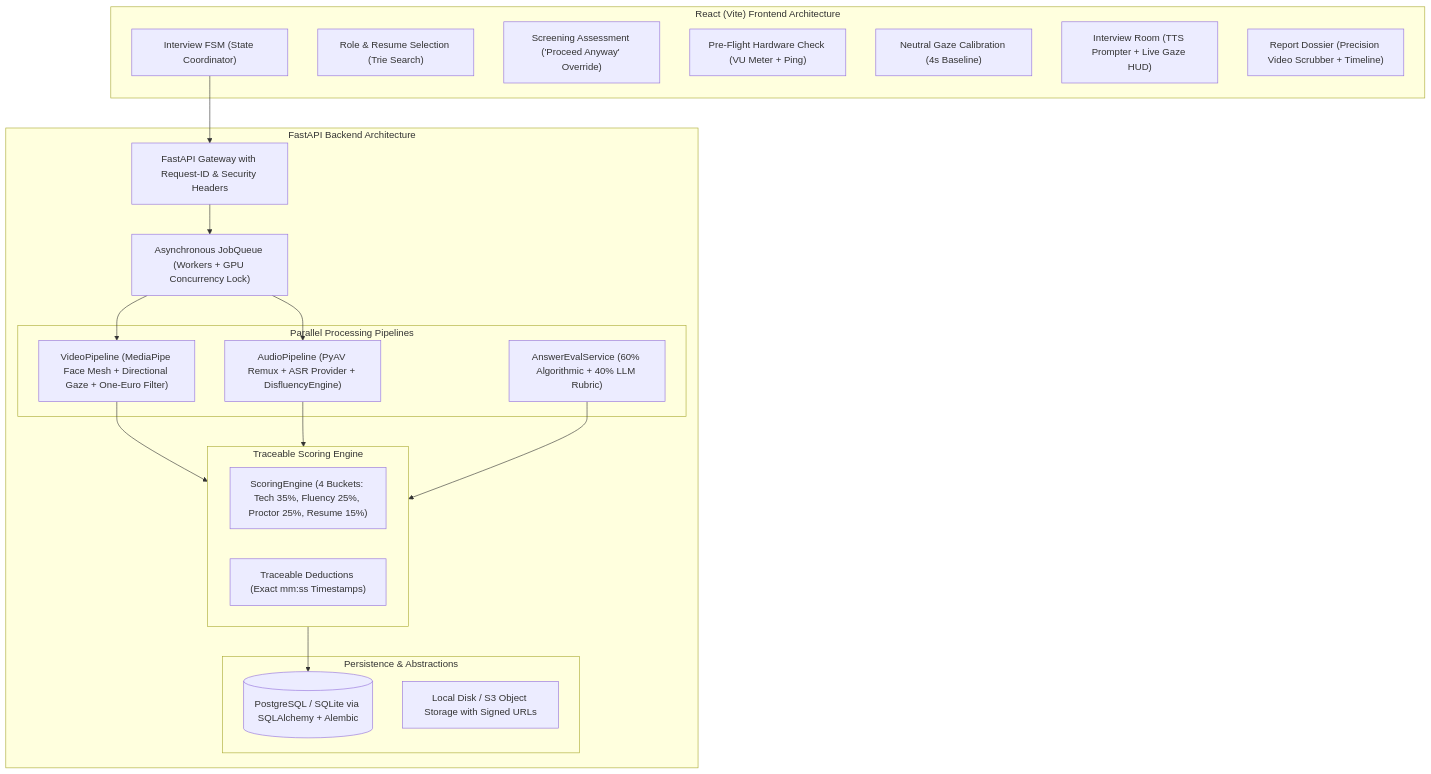
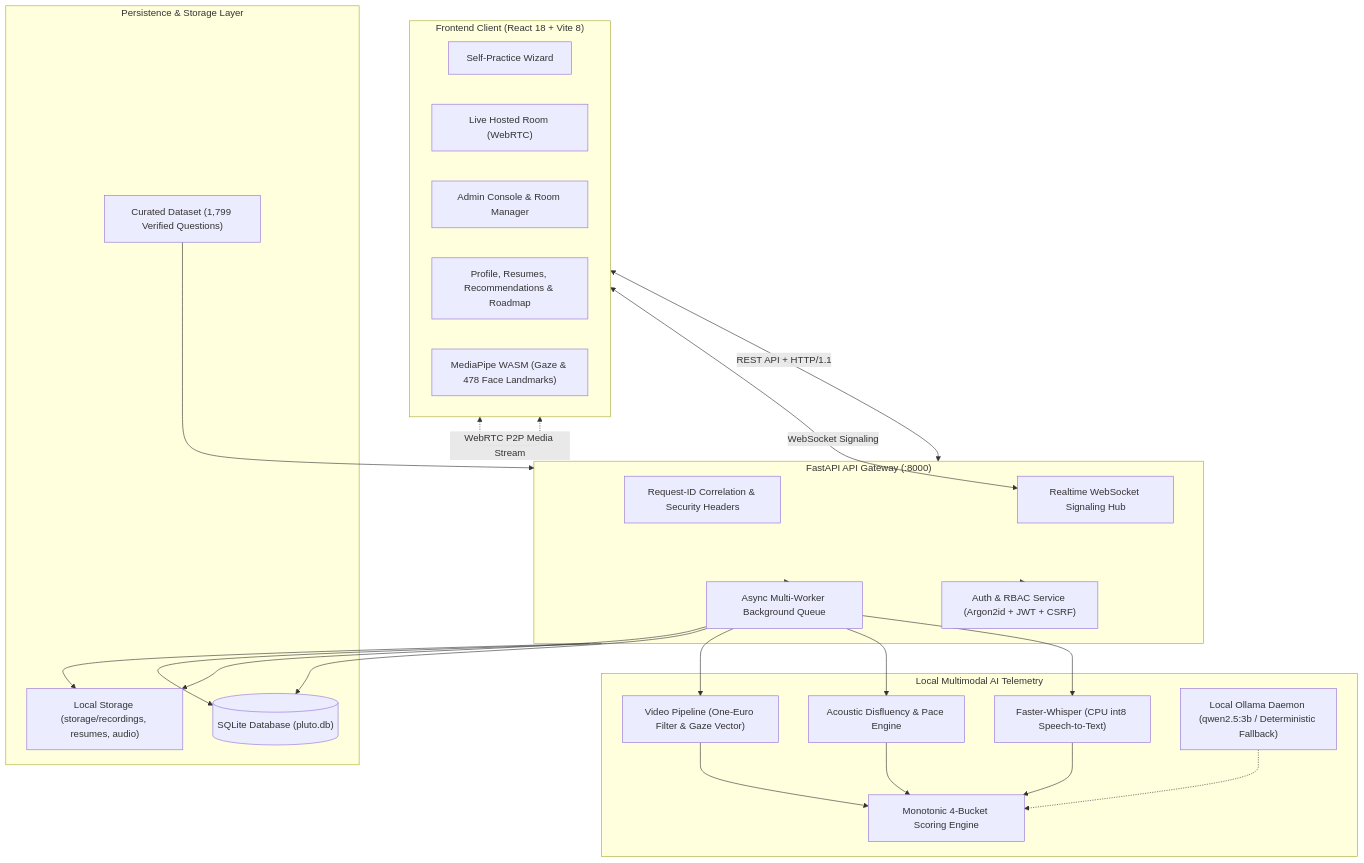
Before and after one commit to Sarthak-1229/PLUTO-vProctor: the first of 5 diagrams in docs/ARCHITECTURE.md, drawn with Mermaid. The commit also changed other lines of this file and 20 other files, not shown here.

````diff
--- a/docs/ARCHITECTURE.md
+++ b/docs/ARCHITECTURE.md
@@ -7,42 +48,49 @@
 ```mermaid
-graph TD
-    subgraph Frontend["React (Vite) Frontend Architecture"]
-        FSM["Interview FSM (State Coordinator)"]
-        UI_Role["Role & Resume Selection (Trie Search)"]
-        UI_Screen["Screening Assessment ('Proceed Anyway' Override)"]
-        UI_Precheck["Pre-Flight Hardware Check (VU Meter + Ping)"]
-        UI_Calib["Neutral Gaze Calibration (4s Baseline)"]
-        UI_Room["Interview Room (TTS Prompter + Live Gaze HUD)"]
-        UI_Report["Report Dossier (Precision Video Scrubber + Timeline)"]
+flowchart TD
+    subgraph ClientLayer["Frontend Client (React 18 + Vite 8)"]
+        UI_Practice["Self-Practice Wizard"]
+        UI_Hosted["Live Hosted Room (WebRTC)"]
+        UI_Admin["Admin Console & Room Manager"]
+        UI_Candidate["Profile, Resumes, Recommendations & Roadmap"]
+        WASM_Vision["MediaPipe WASM (Gaze & 478 Face Landmarks)"]
     end
 
-    subgraph Backend["FastAPI Backend Architecture"]
-        API["FastAPI Gateway with Request-ID & Security Headers"]
-        JobQueue["Asynchronous JobQueue (Workers + GPU Concurrency Lock)"]
-
-        subgraph Pipelines["Parallel Processing Pipelines"]
-            VideoPipe["VideoPipeline (MediaPipe Face Mesh + Directional Gaze + One-Euro Filter)"]
-            AudioPipe["AudioPipeline (PyAV Remux + ASR Provider + DisfluencyEngine)"]
-            AnswerEval["AnswerEvalService (60% Algorithmic + 40% LLM Rubric)"]
-        end
-
-        subgraph Scoring["Traceable Scoring Engine"]
-            ScoreEngine["ScoringEngine (4 Buckets: Tech 35%, Fluency 25%, Proctor 25%, Resume 15%)"]
-            Timeline["Traceable Deductions (Exact mm:ss Timestamps)"]
-        end
-
-        subgraph Storage["Persistence & Abstractions"]
-            DB[("PostgreSQL / SQLite via SQLAlchemy + Alembic")]
-            LocalStorage["Local Disk / S3 Object Storage with Signed URLs"]
-        end
+    subgraph APILayer["FastAPI API Gateway (:8000)"]
+        ReqMiddleware["Request-ID Correlation & Security Headers"]
+        AuthRBAC["Auth & RBAC Service (Argon2id + JWT + CSRF)"]
+        RoomWS["Realtime WebSocket Signaling Hub"]
+        JobQueue["Async Multi-Worker Background Queue"]
     end
 
-    FSM --> API
-    API --> JobQueue
-    JobQueue --> VideoPipe
-    JobQueue --> AudioPipe
-    VideoPipe --> Scoring
-    AudioPipe --> Scoring
-    AnswerEval --> Scoring
-    Scoring --> DB
+    subgraph InferenceLayer["Local Multimodal AI Telemetry"]
+        WhisperASR["Faster-Whisper (CPU int8 Speech-to-Text)"]
+        DisfluencyEng["Acoustic Disfluency & Pace Engine"]
+        GazeEng["Video Pipeline (One-Euro Filter & Gaze Vector)"]
+        ScoringEng["Monotonic 4-Bucket Scoring Engine"]
+        OllamaLLM["Local Ollama Daemon (qwen2.5:3b / Deterministic Fallback)"]
+    end
+
+    subgraph DataLayer["Persistence & Storage Layer"]
+        SQLiteDB[("SQLite Database (pluto.db)")]
+        FileStore["Local Storage (storage/recordings, resumes, audio)"]
+        CatalogData["Curated Dataset (1,799 Verified Questions)"]
+    end
+
+    ClientLayer <-->|REST API + HTTP/1.1| APILayer
+    ClientLayer <-->|WebSocket Signaling| RoomWS
+    ClientLayer <-.->|WebRTC P2P Media Stream| ClientLayer
+    APILayer --> AuthRBAC
+    APILayer --> JobQueue
+    JobQueue --> WhisperASR
+    JobQueue --> DisfluencyEng
+    JobQueue --> GazeEng
+    WhisperASR --> ScoringEng
+    DisfluencyEng --> ScoringEng
+    GazeEng --> ScoringEng
+    OllamaLLM -.-> ScoringEng
+    APILayer --> SQLiteDB
+    APILayer --> FileStore
+    JobQueue --> SQLiteDB
+    JobQueue --> FileStore
+    CatalogData --> APILayer
 ```
````
